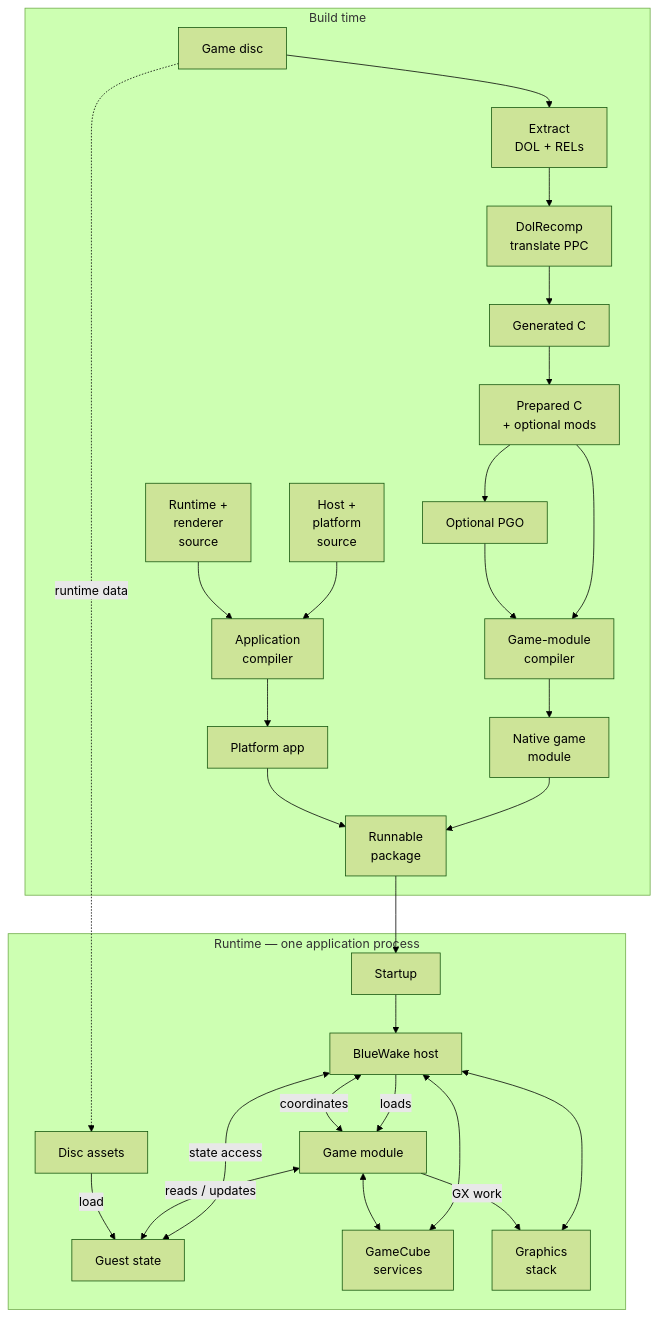
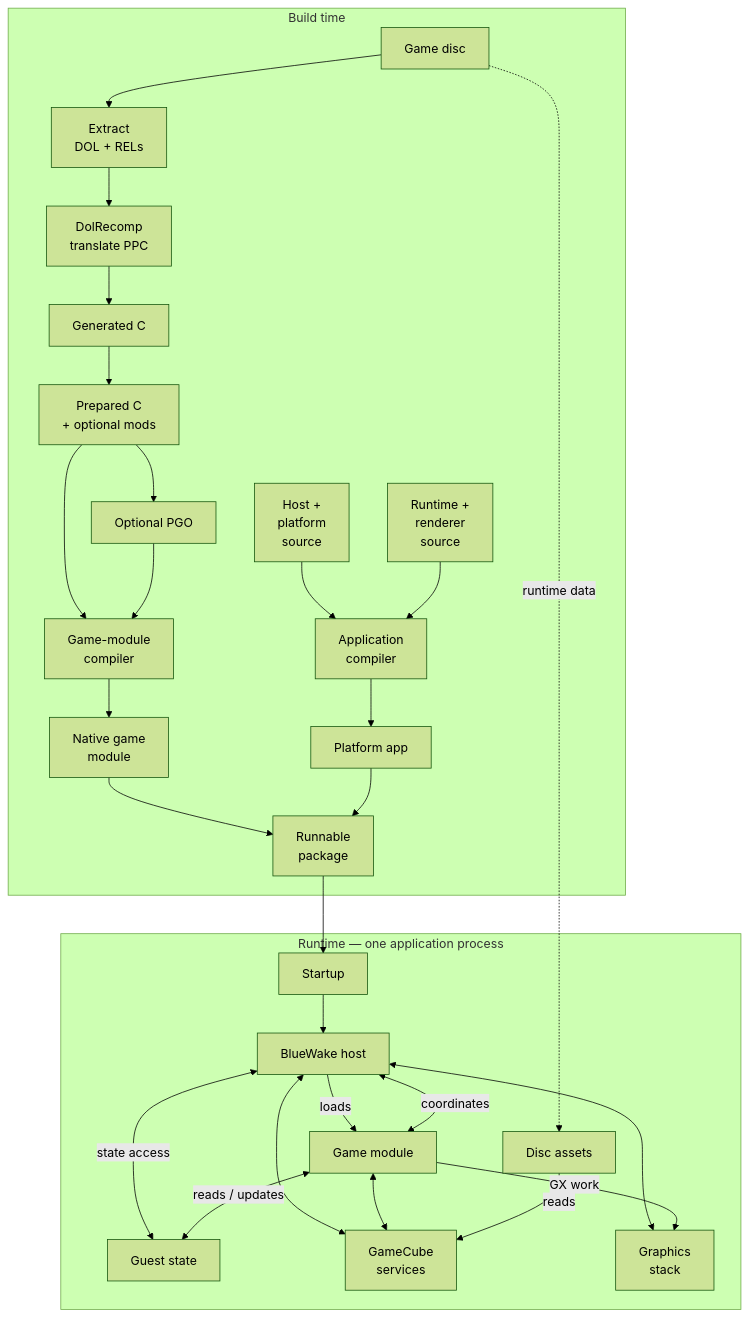
One commit to Aelbannan/boat_of_daphnes changed the diagram in docs/architecture/Overview.md. Above: the diagram before and after it, drawn with Mermaid (forest theme). The commit also changed other lines of this file and 2 other files, not shown here.

Commit message:
docs: align architecture overview and navigation

````diff
--- a/docs/architecture/Overview.md
+++ b/docs/architecture/Overview.md
@@ -44,64 +44,64 @@
 ```mermaid
 flowchart TD
     subgraph Build["Build time"]
         Disc["Game disc"]
         Extract["`Extract
 DOL + RELs`"]
         Translator["`DolRecomp
 translate PPC`"]
         Generated["Generated C"]
         Prepared["`Prepared C
 + optional
 mods`"]
         Training["Optional PGO"]
         HostSource["`Host +
 platform
 source`"]
         RuntimeSource["`Runtime +
 renderer
 source`"]
         GameCompiler["`Game-module
 compiler`"]
         AppCompiler["`Application
 compiler`"]
         GameModule["`Native game
 module`"]
         Executable["Platform app"]
         Package["`Runnable
 package`"]
 
         Disc --> Extract --> Translator --> Generated --> Prepared --> GameCompiler --> GameModule
         Prepared --> Training --> GameCompiler
         HostSource --> AppCompiler
         RuntimeSource --> AppCompiler
         AppCompiler --> Executable
         GameModule --> Package
         Executable --> Package
     end
 
     subgraph Runtime["Runtime — one application process"]
         Startup["Startup"]
         Host["BlueWake host"]
         Game["Game module"]
         Guest["Guest state"]
         Services["`GameCube
 services`"]
         Graphics["`Graphics
 stack`"]
         Assets["Disc assets"]
 
         Startup --> Host
         Host -->|"loads"| Game
         Host <-->|"coordinates"| Game
         Host <-->|"state access"| Guest
         Game <-->|"reads / updates"| Guest
         Host <--> Services
         Game <--> Services
         Host <--> Graphics
         Game -->|"GX work"| Graphics
-        Assets -->|"load"| Guest
+        Assets -->|"reads"| Services
     end
 
     Package --> Startup
     Disc -. "runtime data" .-> Assets
 ```
````
